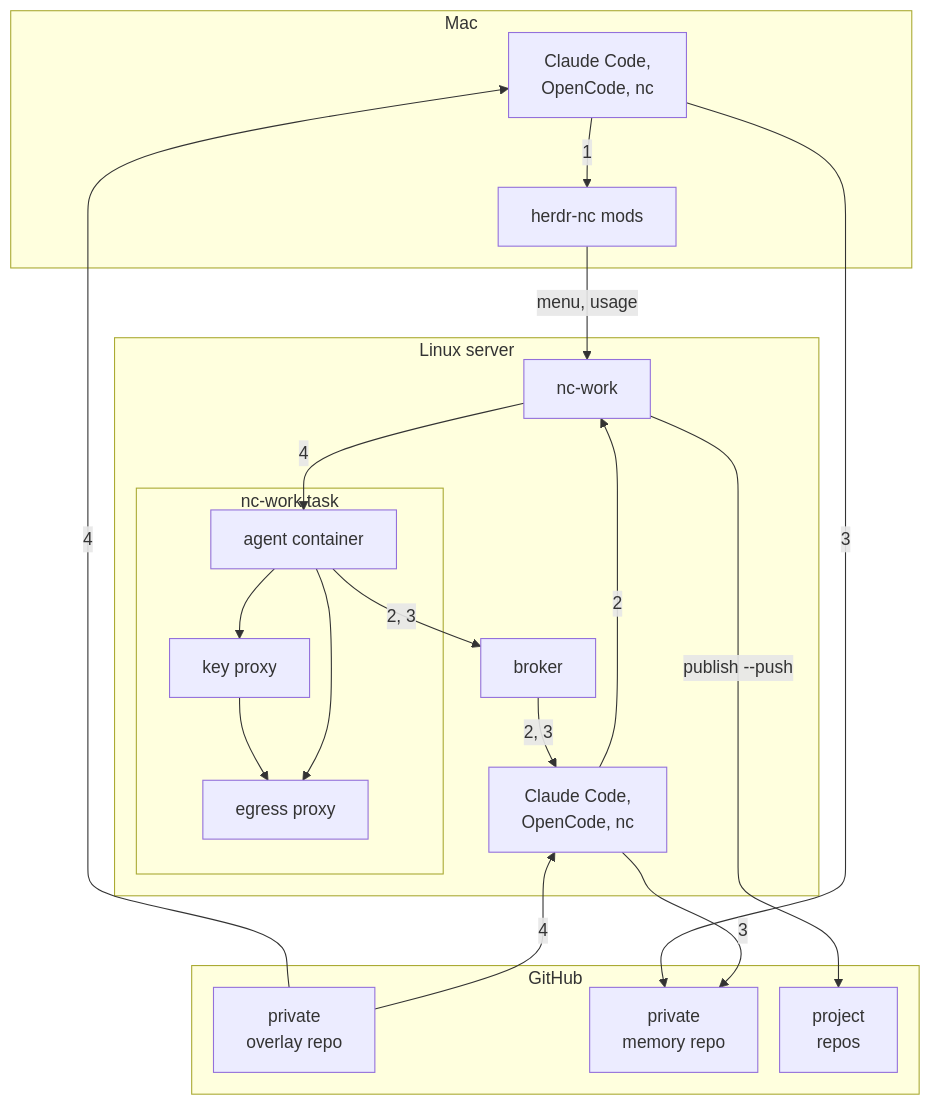
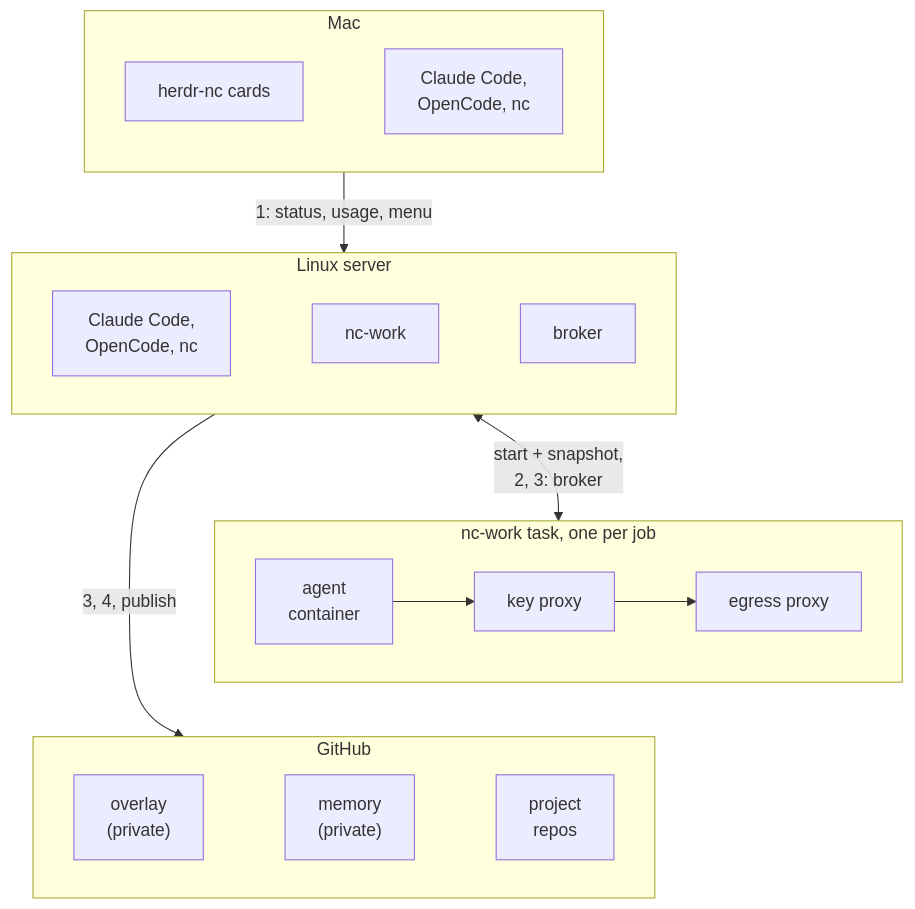
One commit to iAmSerathion/iAmSerathion changed the diagram in README.md. Above: the diagram before and after it, drawn with Mermaid.

Commit message:
Profile README: simpler overview diagram

````diff
--- a/README.md
+++ b/README.md
@@ -13,38 +13,23 @@
 ```mermaid
-%%{init: {"flowchart": {"nodeSpacing": 20, "rankSpacing": 40}}}%%
 flowchart TB
   subgraph mac["Mac"]
-    AM["Claude Code,<br/>OpenCode, nc"]
-    HC["herdr-nc mods"]
+    direction LR
+    HC["herdr-nc cards"] ~~~ AM["Claude Code,<br/>OpenCode, nc"]
   end
   subgraph server["Linux server"]
-    AS["Claude Code,<br/>OpenCode, nc"]
-    NW["nc-work"]
-    BR["broker"]
-    subgraph task["nc-work task"]
-      T["agent container"]
-      KP["key proxy"]
-      EG["egress proxy"]
-    end
+    direction LR
+    AS["Claude Code,<br/>OpenCode, nc"] ~~~ NW["nc-work"] ~~~ BR["broker"]
+  end
+  subgraph task["nc-work task, one per job"]
+    direction LR
+    T["agent<br/>container"] --> KP["key proxy"] --> EG["egress proxy"]
   end
   subgraph gh["GitHub"]
-    OV["private<br/>overlay repo"]
-    MEM["private<br/>memory repo"]
-    PR["project<br/>repos"]
+    direction LR
+    OV["overlay<br/>(private)"] ~~~ MEM["memory<br/>(private)"] ~~~ PR["project<br/>repos"]
   end
-  AM -->|"1"| HC
-  HC -->|"menu, usage"| NW
-  T -->|"2, 3"| BR
-  BR -->|"2, 3"| AS
-  AS -->|"2"| NW
-  AM -->|"3"| MEM
-  AS -->|"3"| MEM
-  OV -->|"4"| AM
-  OV -->|"4"| AS
-  NW -->|"4"| T
-  T --> KP
-  KP --> EG
-  T --> EG
-  NW -->|"publish --push"| PR
-  AS ~~~ OV
+  mac -->|"1: status, usage, menu"| server
+  server <-->|"start + snapshot,<br/>2, 3: broker"| task
+  server -->|"3, 4, publish"| gh
+  task ~~~ gh
 ```
````
